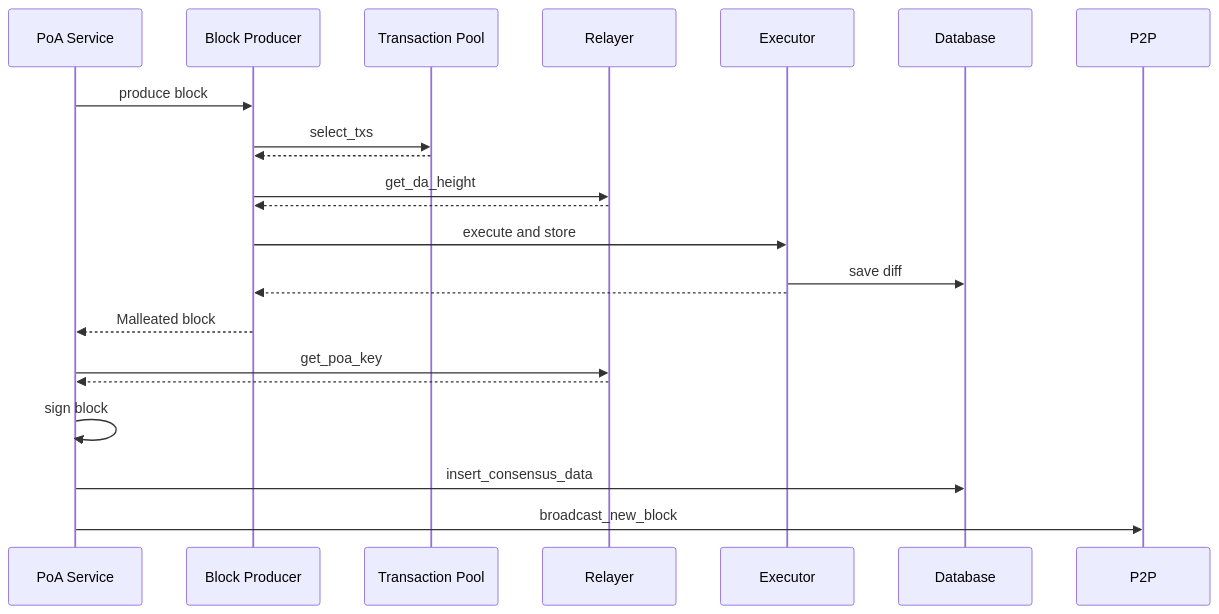
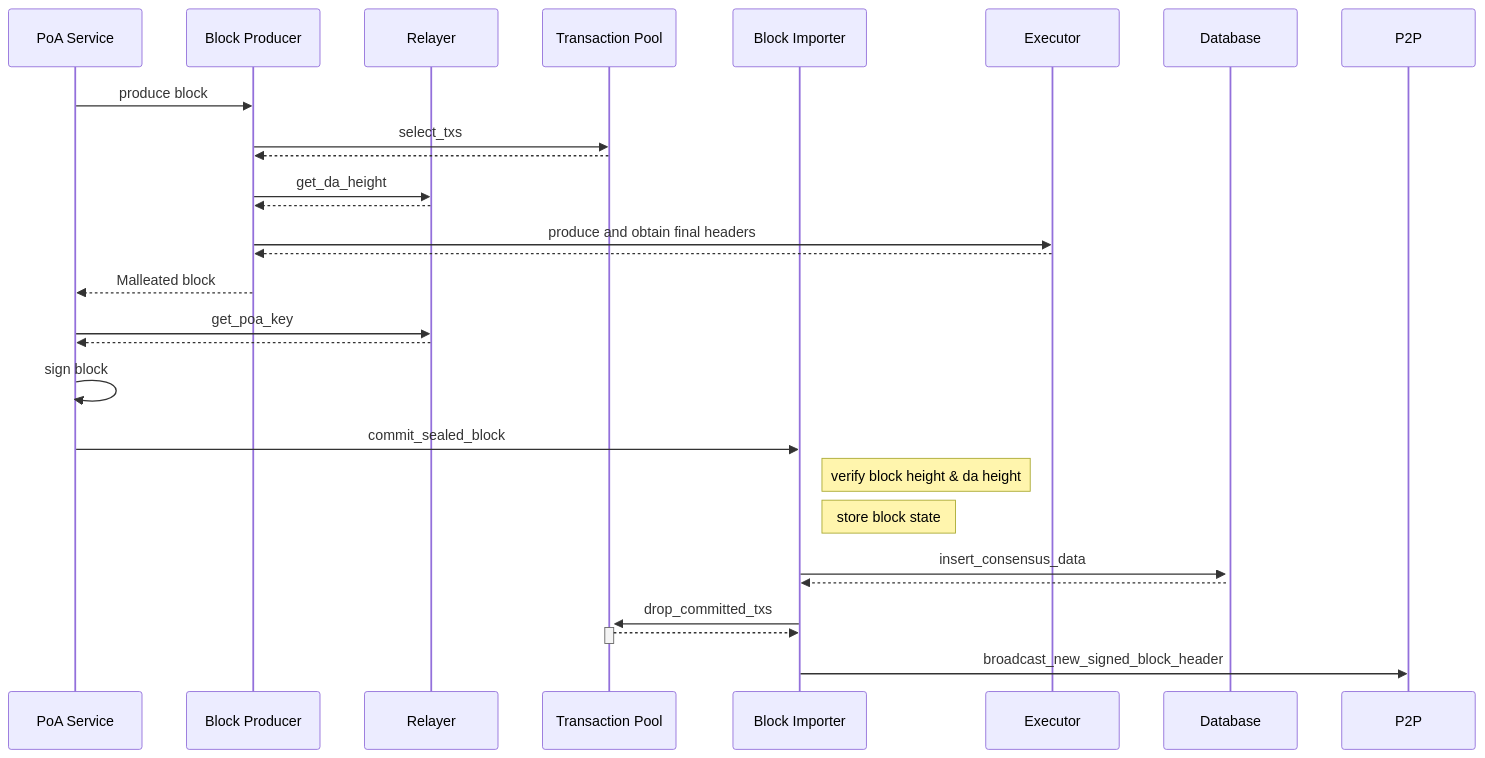
Before and after one commit to FuelLabs/fuel-core: the first of 3 diagrams in docs/poa/flows.md, drawn with Mermaid. The commit also changed other lines of this file and 1 other file, not shown here.

Commit message:
consolidate block persistence to the BI, and add disclaimer for the ports design

````diff
--- a/docs/poa/flows.md
+++ b/docs/poa/flows.md
@@ -6,25 +6,31 @@
 ```mermaid
 sequenceDiagram
     participant POA as PoA Service
     participant BP as Block Producer
+    participant R as Relayer
     participant TX as Transaction Pool
-    participant R as Relayer
+    participant BI as Block Importer
     participant E as Executor
     participant D as Database
     participant P2P as P2P
     
     POA->>BP: produce block
     BP->>TX: select_txs
     TX-->>BP: 
     BP->>R: get_da_height
     R-->>BP: 
-    BP->>E: execute and store
-    E->>D: save diff
+    BP->>E: produce and obtain final headers
     E-->>BP: 
     BP-->>POA: Malleated block
     POA->>R: get_poa_key
     R-->>POA: 
     POA->>POA: sign block
-    POA->>D: insert_consensus_data
-    POA->>P2P: broadcast_new_block
+    POA->>BI: commit_sealed_block
+    note right of BI: verify block height & da height
+    note right of BI: store block state
+    BI->>+D: insert_consensus_data
+    D-->>BI: 
+    BI->>+TX: drop_committed_txs
+    TX-->>-BI: 
+    BI->>P2P: broadcast_new_signed_block_header
 ```
````
